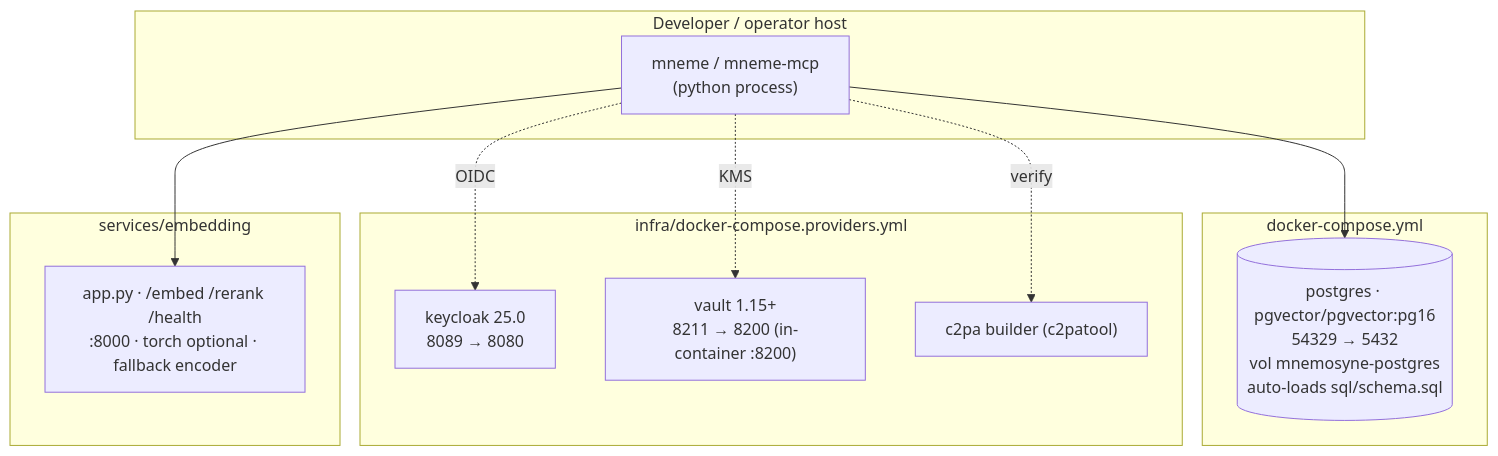
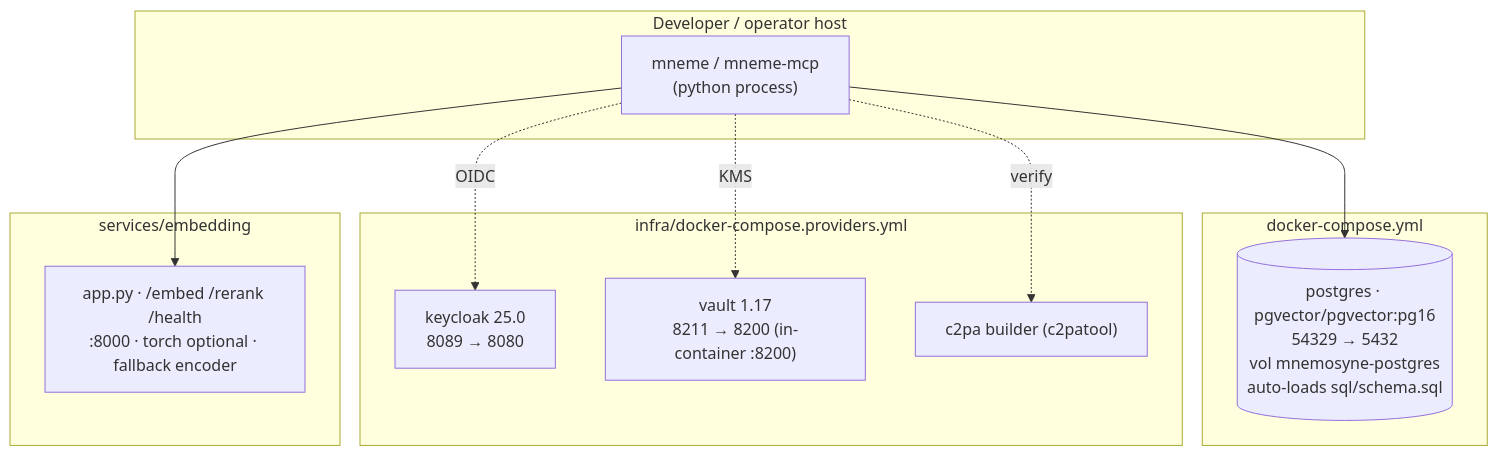
One commit to onfire7777/Mnemosyne changed the eighth of 8 diagrams in docs/ARCHITECTURE-OVERVIEW.md. Above: the diagram before and after it, drawn with Mermaid. The commit also changed other lines of this file, not shown here.

First line of the commit message:
docs(architecture): tighten schema and provider details

````diff
--- a/docs/ARCHITECTURE-OVERVIEW.md
+++ b/docs/ARCHITECTURE-OVERVIEW.md
@@ -530,26 +559,26 @@
 ```mermaid
 flowchart TB
     subgraph host["Developer / operator host"]
         APP["mneme / mneme-mcp<br/>(python process)"]
     end
 
     subgraph base["docker-compose.yml"]
         PG[("postgres · pgvector/pgvector:pg16<br/>54329 → 5432<br/>vol mnemosyne-postgres<br/>auto-loads sql/schema.sql")]
     end
 
     subgraph providers["infra/docker-compose.providers.yml"]
         KC["keycloak 25.0<br/>8089 → 8080"]
-        VA["vault 1.15+<br/>8211 → 8200 (in-container :8200)"]
+        VA["vault 1.17<br/>8211 → 8200 (in-container :8200)"]
         C2["c2pa builder (c2patool)"]
     end
 
     subgraph svc["services/embedding"]
         EMB["app.py · /embed /rerank /health<br/>:8000 · torch optional · fallback encoder"]
     end
 
     APP --> PG
     APP --> EMB
     APP -. OIDC .-> KC
     APP -. KMS .-> VA
     APP -. verify .-> C2
 ```
````
